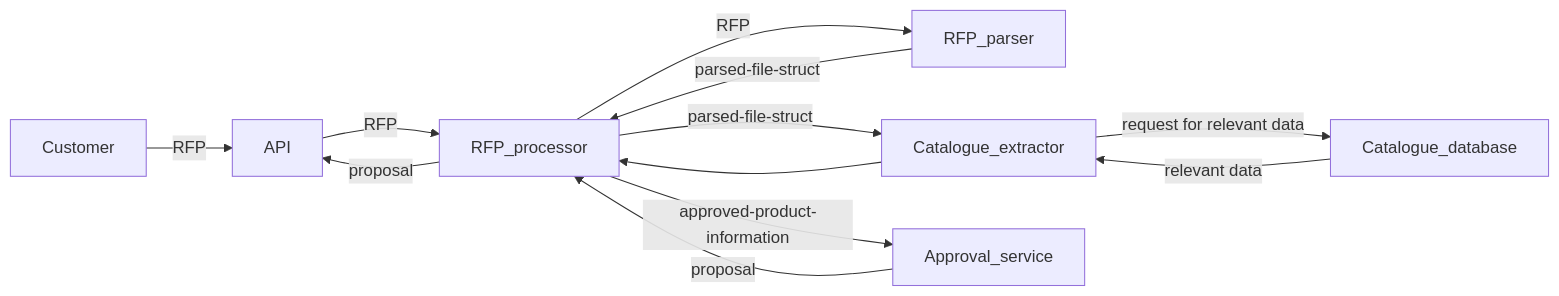
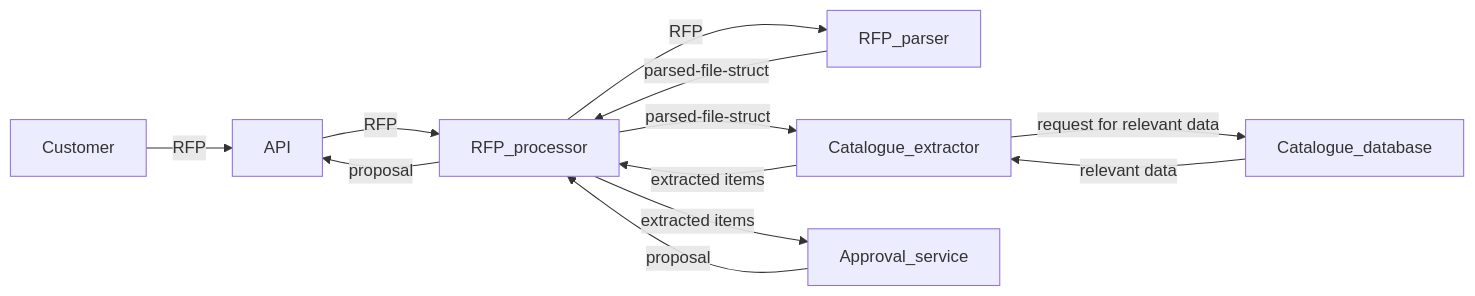
Before and after one commit to MiikaMatias/ai-hack-aalto-2024: the diagram in docs/architecture.md, drawn with Mermaid.

````diff
--- a/docs/architecture.md
+++ b/docs/architecture.md
@@ -6,14 +6,14 @@
 ```mermaid  
 graph LR
     Customer -->|RFP| API
     API -->|RFP| RFP_processor
     RFP_processor -->|RFP| RFP_parser
     RFP_processor -->|parsed-file-struct| Catalogue_extractor
-    RFP_processor -->|approved-product-information| Approval_service
+    RFP_processor -->|extracted items| Approval_service
     RFP_parser --> |parsed-file-struct|RFP_processor
-    Catalogue_extractor --> RFP_processor
+    Catalogue_extractor --> |extracted items| RFP_processor
     Catalogue_extractor -->|request for relevant data| Catalogue_database
     Catalogue_database -->|relevant data| Catalogue_extractor
     Approval_service -->|proposal| RFP_processor
     RFP_processor --> |proposal| API
 ```
````
